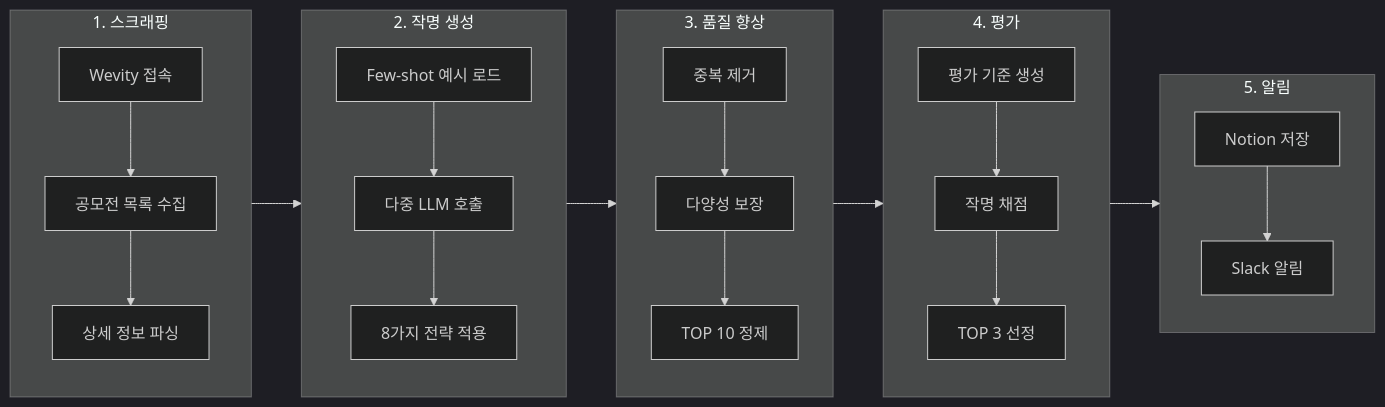
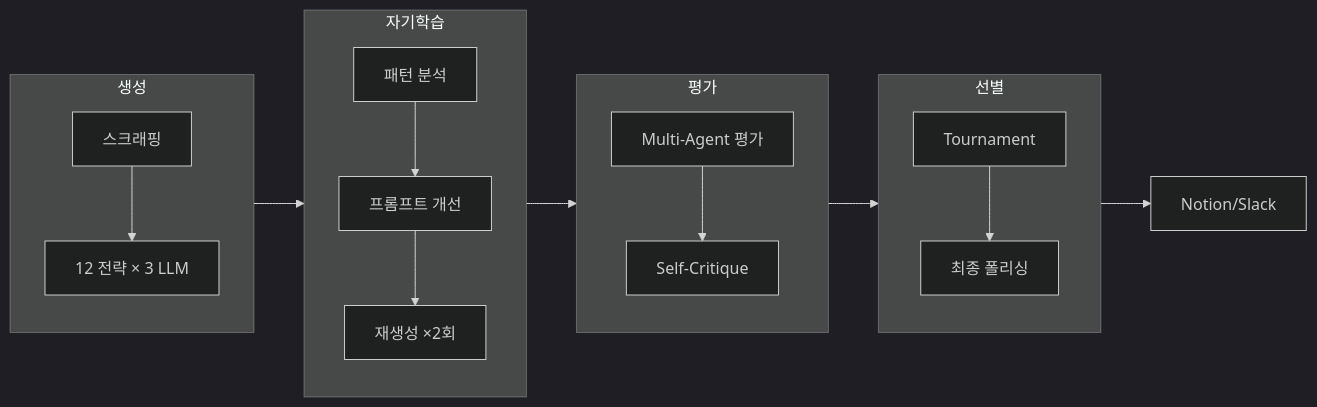
One commit to joelonsw/fast-naming changed the diagram in README.md. Above: the diagram before and after it, drawn with Mermaid (dark theme). The commit also changed other lines of this file and 10 other files, not shown here.

````diff
--- a/README.md
+++ b/README.md
@@ -34,28 +36,21 @@
 ```mermaid
 flowchart LR
-    subgraph Scrape["1. 스크래핑"]
-        A[Wevity 접속] --> B[공모전 목록 수집]
-        B --> C[상세 정보 파싱]
+    subgraph Phase1[생성]
+        A[스크래핑] --> B[12 전략 × 3 LLM]
     end
     
-    subgraph Generate["2. 작명 생성"]
-        D[Few-shot 예시 로드] --> E[다중 LLM 호출]
-        E --> F[8가지 전략 적용]
+    subgraph Phase2[자기학습]
+        C[패턴 분석] --> D[프롬프트 개선]
+        D --> E[재생성 ×2회]
     end
     
-    subgraph Quality["3. 품질 향상"]
-        G[중복 제거] --> H[다양성 보장]
-        H --> I[TOP 10 정제]
+    subgraph Phase3[평가]
+        F[Multi-Agent 평가] --> G[Self-Critique]
     end
     
-    subgraph Evaluate["4. 평가"]
-        J[평가 기준 생성] --> K[작명 채점]
-        K --> L[TOP 3 선정]
+    subgraph Phase4[선별]
+        H[Tournament] --> I[최종 폴리싱]
     end
     
-    subgraph Notify["5. 알림"]
-        M[Notion 저장] --> N[Slack 알림]
-    end
-    
-    Scrape --> Generate --> Quality --> Evaluate --> Notify
+    Phase1 --> Phase2 --> Phase3 --> Phase4 --> J[Notion/Slack]
 ```
````
